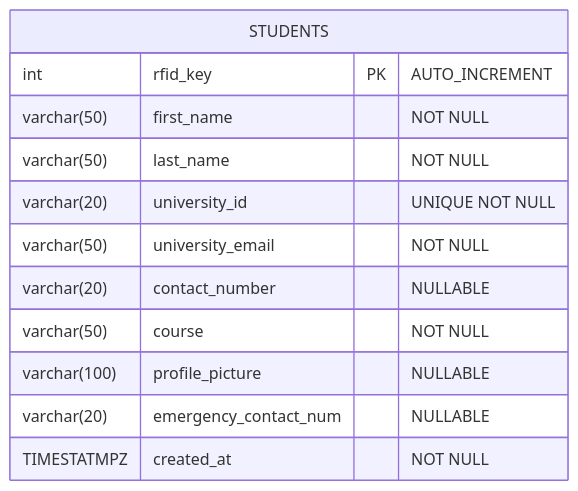
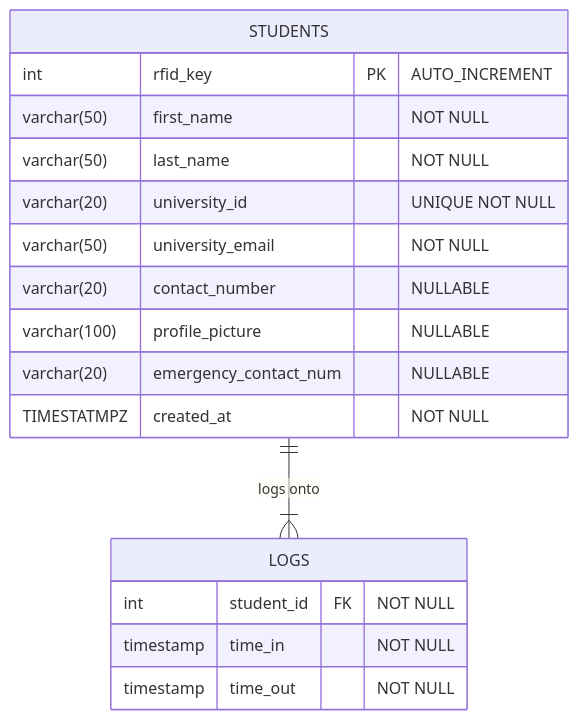
Before and after one commit to ThomasDelamort/NU-SIS: the diagram in ERD.mmd, drawn with Mermaid. The commit also changed 72 other files, not shown here.

```diff
--- a/ERD.mmd
+++ b/ERD.mmd
@@ -1,13 +1,20 @@
 erDiagram
     STUDENTS {
         int rfid_key PK "AUTO_INCREMENT"
         varchar(50) first_name "NOT NULL"
         varchar(50) last_name "NOT NULL"
         varchar(20) university_id "UNIQUE NOT NULL"
         varchar(50) university_email "NOT NULL"
         varchar(20) contact_number "NULLABLE"
-        varchar(50) course "NOT NULL"
         varchar(100) profile_picture "NULLABLE"
         varchar(20) emergency_contact_num "NULLABLE"
         TIMESTATMPZ created_at "NOT NULL"  
     }
+
+    LOGS {
+        int student_id FK "NOT NULL"
+        timestamp time_in "NOT NULL"
+        timestamp time_out "NOT NULL"
+    }
+
+    STUDENTS||--|{LOGS:"logs onto"
```
